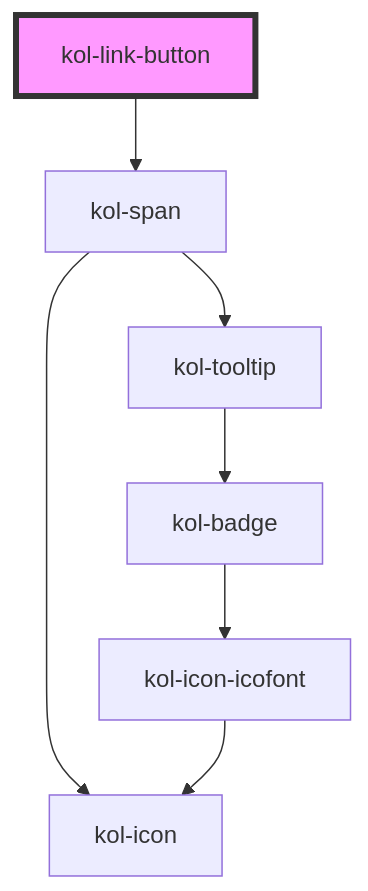
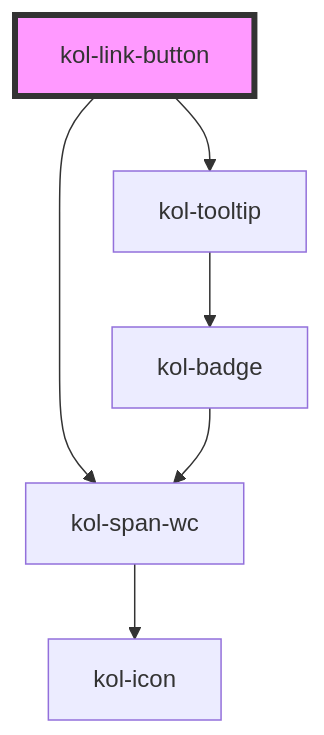
One commit to public-ui/kolibri changed the diagram in packages/library/src/components/link-button/readme.md. Above: the diagram before and after it, drawn with Mermaid. The commit also changed other lines of this file and 34 other files, not shown here.

````diff
--- a/packages/library/src/components/link-button/readme.md
+++ b/packages/library/src/components/link-button/readme.md
@@ -40,10 +43,9 @@
 ```mermaid
 graph TD;
-  kol-link-button --> kol-span
-  kol-span --> kol-icon
-  kol-span --> kol-tooltip
+  kol-link-button --> kol-span-wc
+  kol-link-button --> kol-tooltip
+  kol-span-wc --> kol-icon
   kol-tooltip --> kol-badge
-  kol-badge --> kol-icon-icofont
-  kol-icon-icofont --> kol-icon
+  kol-badge --> kol-span-wc
   style kol-link-button fill:#f9f,stroke:#333,stroke-width:4px
 ```
````
